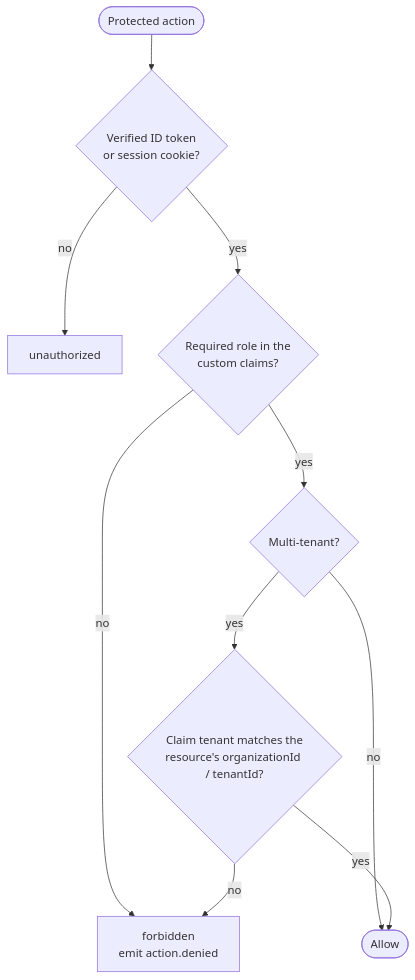
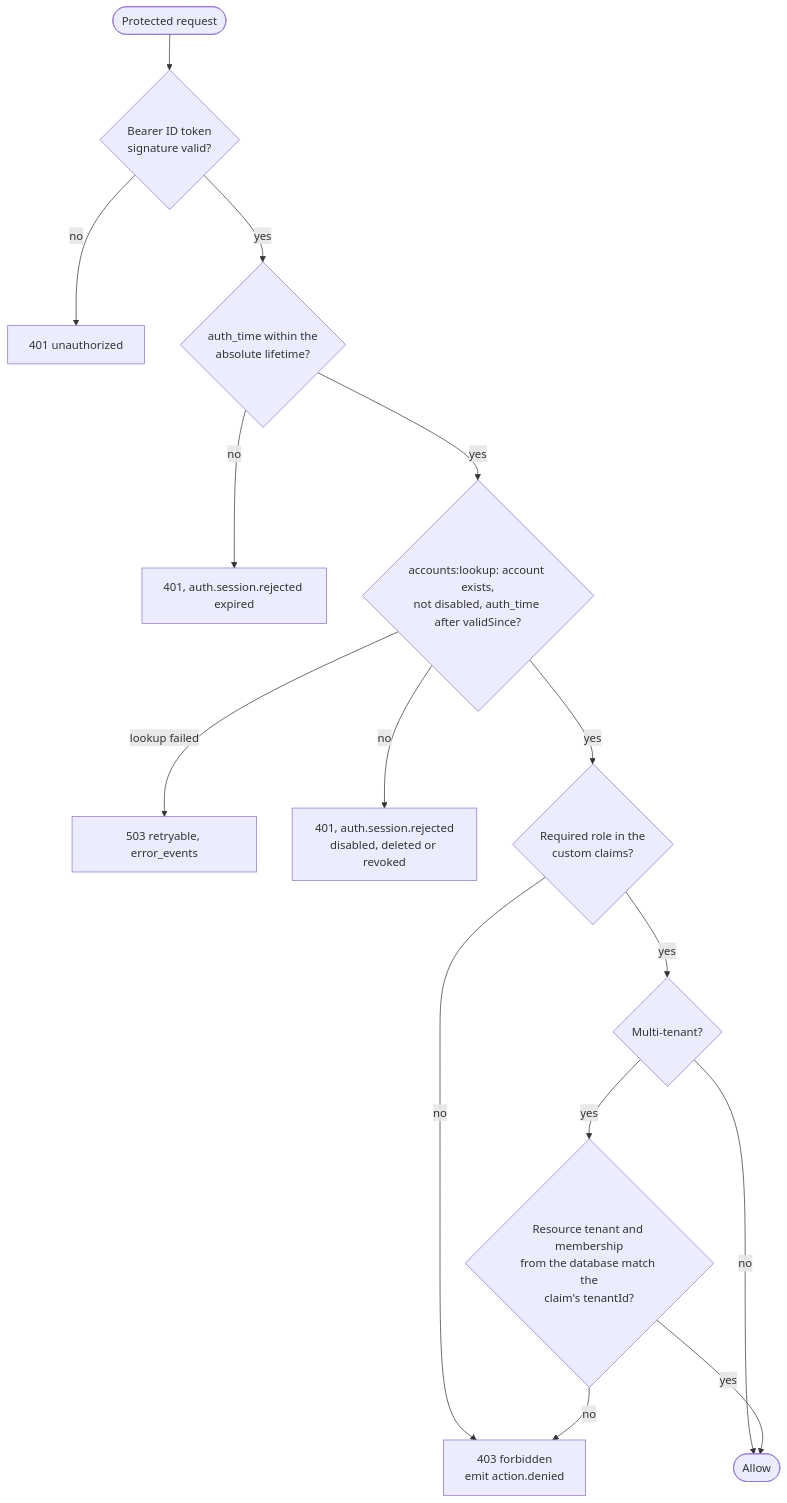
Before and after one commit to Improve-To-Grow/MUSUBI: the second of 3 diagrams in src/templates/shared/steering/rules/itg/security.md, drawn with Mermaid. The commit also changed other lines of this file and 57 other files, not shown here.

````diff
--- a/src/templates/shared/steering/rules/itg/security.md
+++ b/src/templates/shared/steering/rules/itg/security.md
@@ -40,12 +42,17 @@
 ```mermaid
 flowchart TD
-    A([Protected action]) --> AU{Verified ID token<br/>or session cookie?}
-    AU -- no --> U[unauthorized]
-    AU -- yes --> RO{Required role in the<br/>custom claims?}
-    RO -- no --> F[forbidden<br/>emit action.denied]
+    A([Protected request]) --> AU{Bearer ID token<br/>signature valid?}
+    AU -- no --> U[401 unauthorized]
+    AU -- yes --> LT{auth_time within the<br/>absolute lifetime?}
+    LT -- no --> EXP[401, auth.session.rejected expired]
+    LT -- yes --> AS{accounts:lookup: account exists,<br/>not disabled, auth_time after validSince?}
+    AS -- lookup failed --> R503[503 retryable, error_events]
+    AS -- no --> REV[401, auth.session.rejected<br/>disabled, deleted or revoked]
+    AS -- yes --> RO{Required role in the<br/>custom claims?}
+    RO -- no --> F[403 forbidden<br/>emit action.denied]
     RO -- yes --> MT{Multi-tenant?}
     MT -- no --> OK([Allow])
-    MT -- yes --> TE{Claim tenant matches the<br/>resource's organizationId / tenantId?}
+    MT -- yes --> TE{Resource tenant and membership<br/>from the database match the<br/>claim's tenantId?}
     TE -- no --> F
     TE -- yes --> OK
 ```
````
